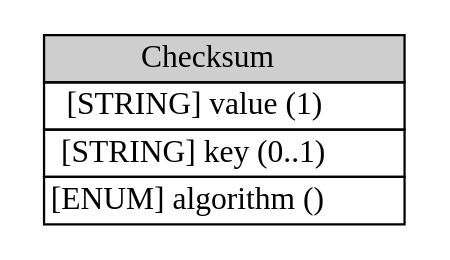
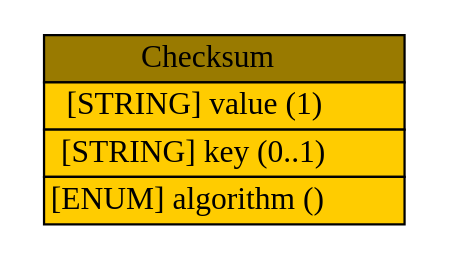
The diagram in idmef/graph/Checksum.dot (Moutix/idmef_parser), drawn with Graphviz before and after one commit. The commit also changed 257 other files, not shown here.

Commit message:
Add color in IDMEF graph

```diff
--- a/idmef/graph/Checksum.dot
+++ b/idmef/graph/Checksum.dot
@@ -1,6 +1,6 @@
 digraph Checksum {
 	graph [rankdir=LR];
 	node [label="\N"];
 	graph [bb="0,0,166,88"];
-	Checksum [label=<<table BORDER="0" CELLBORDER="1" CELLSPACING="0"> <tr > <td BGCOLOR="#CECECE" HREF="#" TITLE="The Checksum class represents checksum information associated with the file. This checksum information can be provided by file integrity checkers, among others. ">Checksum</td> </tr>" %<tr><td HREF="#" TITLE="The value of the checksum.">[STRING] value (1) </td></tr>%<tr><td HREF="#" TITLE="The key to the checksum, if appropriate.">[STRING] key (0..1) </td></tr>%<tr><td HREF="#" TITLE="default value.  (See also Section 10.)">[ENUM] algorithm () </td></tr>%</table>>, shape=plaintext, pos="83,44", width="2.3056", height="1.2361"];
+	Checksum [label=<<table BORDER="0" CELLBORDER="1" CELLSPACING="0"> <tr > <td BGCOLOR="#997a00" HREF="#" TITLE="The Checksum class represents checksum information associated with the file. This checksum information can be provided by file integrity checkers, among others. ">Checksum</td> </tr>" %<tr><td BGCOLOR="#FFCC00" HREF="#" TITLE="The value of the checksum.">[STRING] value (1) </td></tr>%<tr><td BGCOLOR="#FFCC00" HREF="#" TITLE="The key to the checksum, if appropriate.">[STRING] key (0..1) </td></tr>%<tr><td BGCOLOR="#FFCC00" HREF="#" TITLE="default value.  (See also Section 10.)">[ENUM] algorithm () </td></tr>%</table>>, shape=plaintext, pos="83,44", width="2.3056", height="1.2361"];
 }
```
